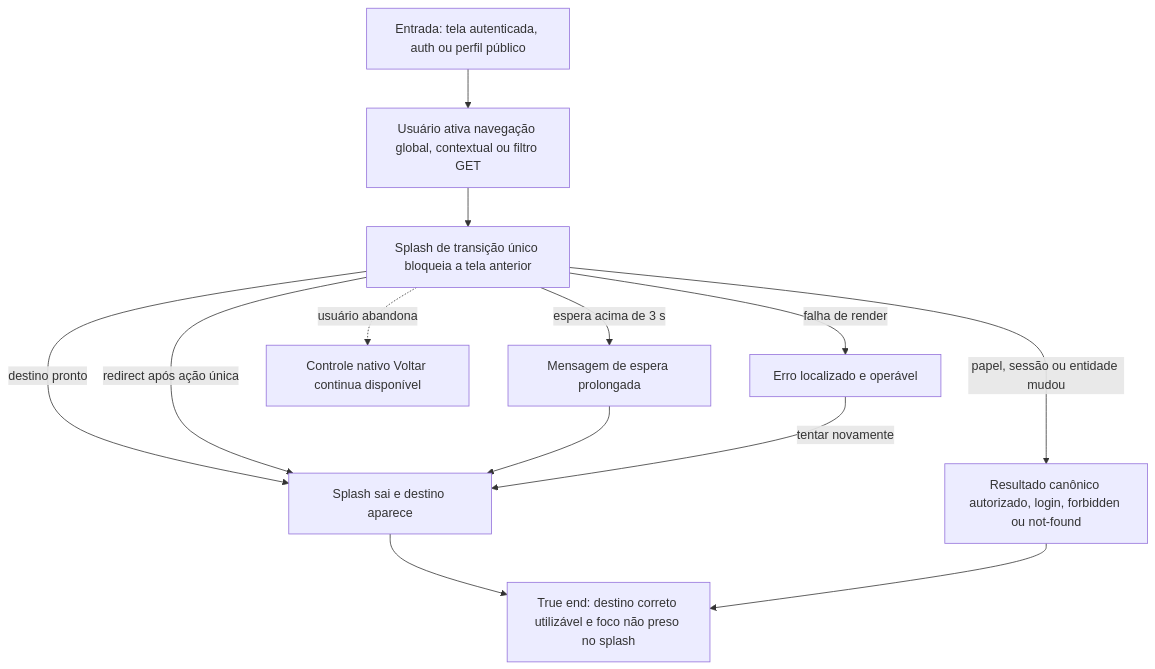
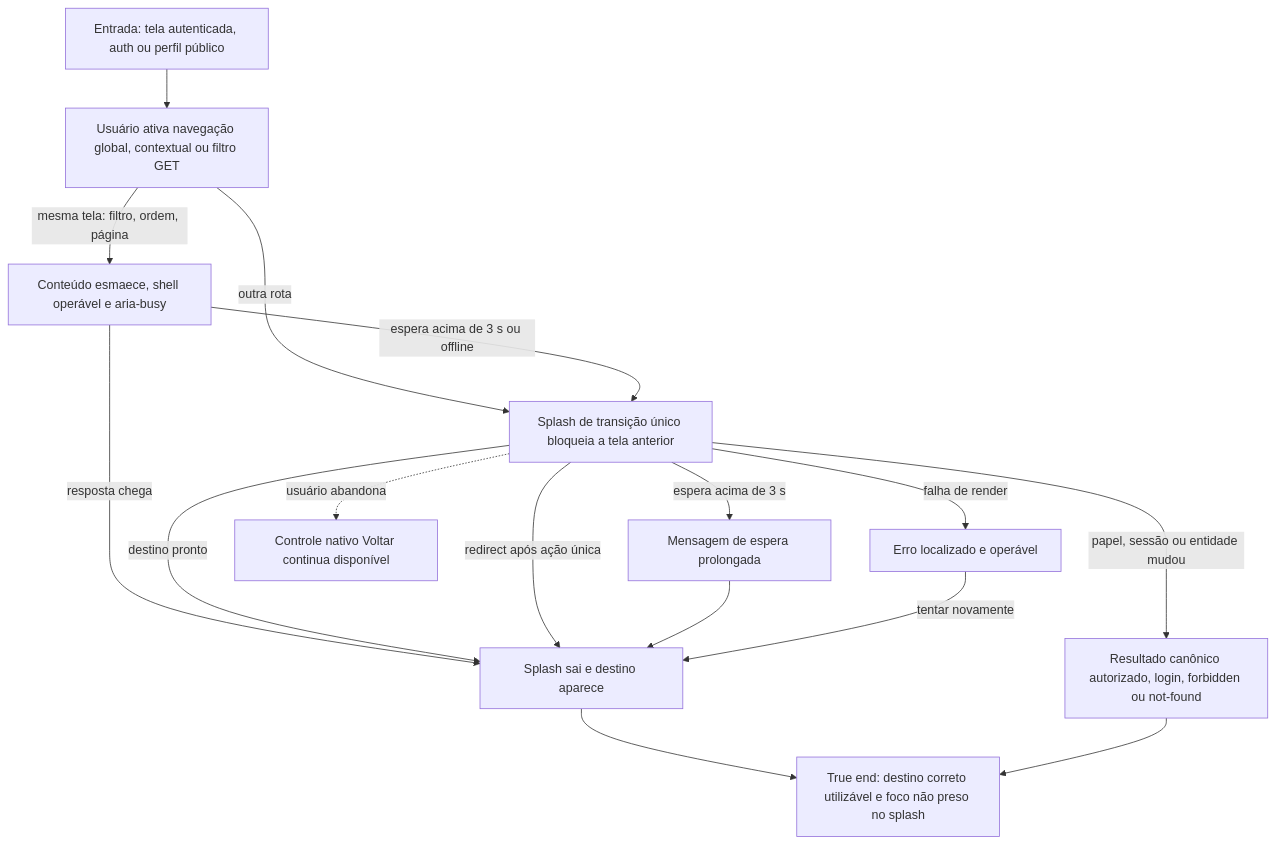
Before and after one commit to andreustimm/master-jobs: the diagram in docs/qa/journeys/J-switch-workspace-screen.md, drawn with Mermaid. The commit also changed 20 other files, not shown here.

````diff
--- a/docs/qa/journeys/J-switch-workspace-screen.md
+++ b/docs/qa/journeys/J-switch-workspace-screen.md
@@ -3,15 +3,18 @@
 ```mermaid
 flowchart TD
     A[Entrada: tela autenticada, auth ou perfil público] --> B[Usuário ativa navegação global, contextual ou filtro GET]
-    B --> C[Splash de transição único bloqueia a tela anterior]
+    B -->|outra rota| C[Splash de transição único bloqueia a tela anterior]
+    B -->|mesma tela: filtro, ordem, página| S[Conteúdo esmaece, shell operável e aria-busy]
+    S -->|resposta chega| D
+    S -->|espera acima de 3 s ou offline| C
     C -->|destino pronto| D[Splash sai e destino aparece]
     C -->|redirect após ação única| D
     C -->|papel, sessão ou entidade mudou| H[Resultado canônico autorizado, login, forbidden ou not-found]
     C -->|espera acima de 3 s| E[Mensagem de espera prolongada]
     E --> D
     C -->|falha de render| F[Erro localizado e operável]
     F -->|tentar novamente| D
     C -.->|usuário abandona| X[Controle nativo Voltar continua disponível]
     D --> G[True end: destino correto utilizável e foco não preso no splash]
     H --> G
 ```
````
